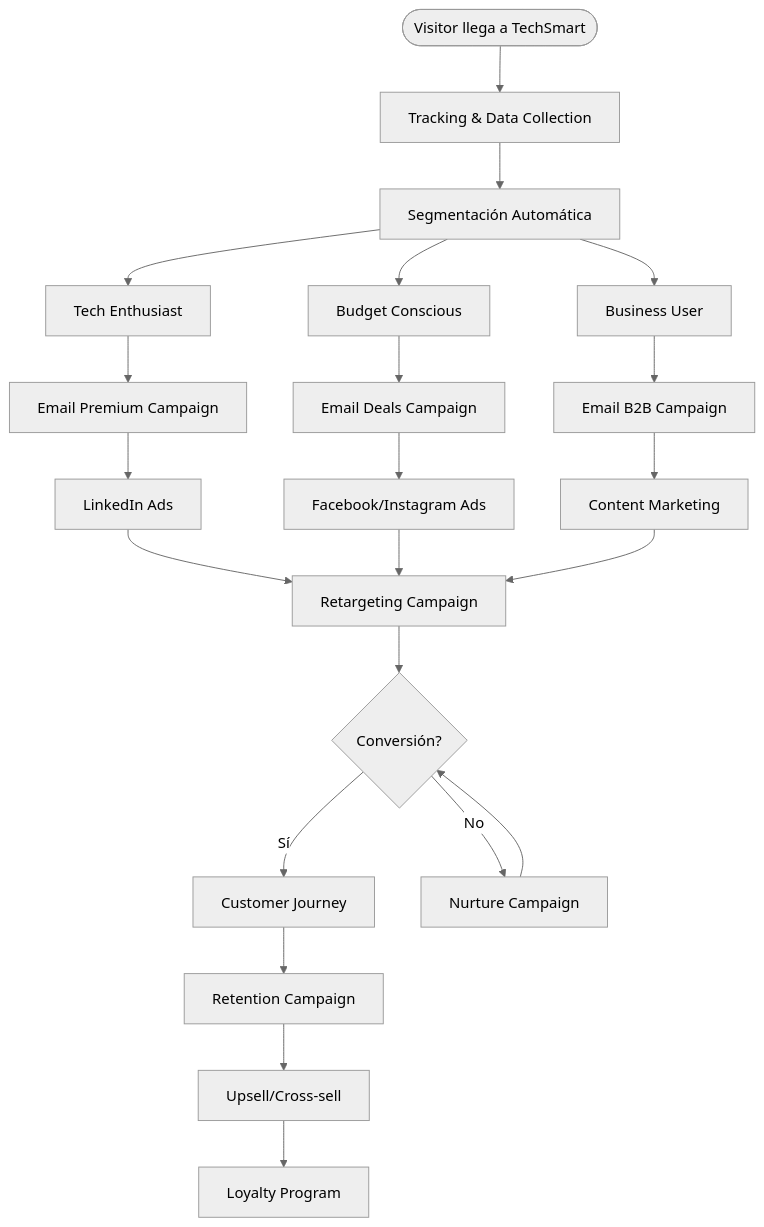
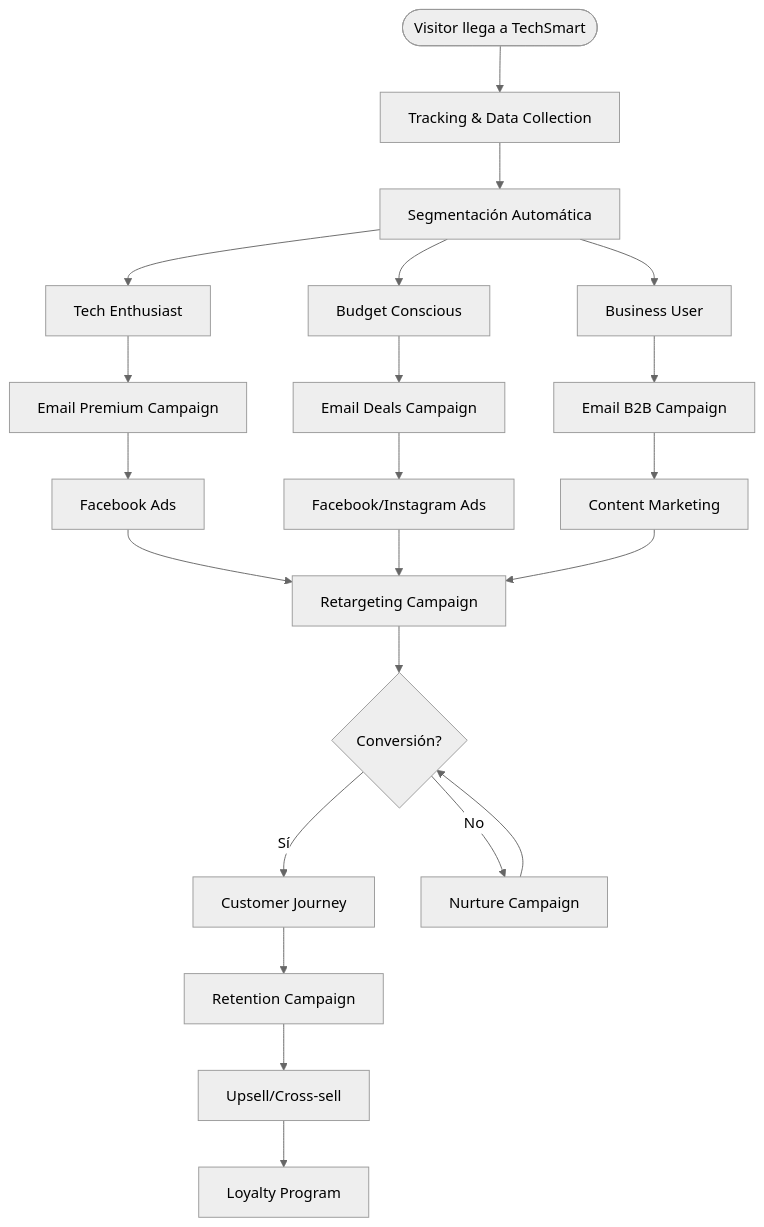
One commit to miguelfiguera/smart-tech changed the first of 5 diagrams in Plan-Marketing-N8N.md. Above: the diagram before and after it, drawn with Mermaid (neutral theme). The commit also changed other lines of this file and 3 other files, not shown here.

````diff
--- a/Plan-Marketing-N8N.md
+++ b/Plan-Marketing-N8N.md
@@ -45,31 +45,31 @@
 ```mermaid
 flowchart TD
     START([Visitor llega a TechSmart]) --> TRACK[Tracking & Data Collection]
     TRACK --> SEGMENT[Segmentación Automática]
     
     SEGMENT --> ENTHUSIAST[Tech Enthusiast]
     SEGMENT --> BUDGET[Budget Conscious]
     SEGMENT --> BUSINESS[Business User]
     
     ENTHUSIAST --> EMAIL_PREMIUM[Email Premium Campaign]
     BUDGET --> EMAIL_DEALS[Email Deals Campaign]
     BUSINESS --> EMAIL_B2B[Email B2B Campaign]
     
-    EMAIL_PREMIUM --> SOCIAL_LINKEDIN[LinkedIn Ads]
+    EMAIL_PREMIUM --> SOCIAL_FACEBOOK[Facebook Ads]
     EMAIL_DEALS --> SOCIAL_FB[Facebook/Instagram Ads]
     EMAIL_B2B --> CONTENT_MARKETING[Content Marketing]
     
-    SOCIAL_LINKEDIN --> RETARGET[Retargeting Campaign]
+    SOCIAL_FACEBOOK --> RETARGET[Retargeting Campaign]
     SOCIAL_FB --> RETARGET
     CONTENT_MARKETING --> RETARGET
     
     RETARGET --> CONVERSION{Conversión?}
     CONVERSION -->|Sí| CUSTOMER_JOURNEY[Customer Journey]
     CONVERSION -->|No| NURTURE[Nurture Campaign]
     
     CUSTOMER_JOURNEY --> RETENTION[Retention Campaign]
     NURTURE --> CONVERSION
     
     RETENTION --> UPSELL[Upsell/Cross-sell]
     UPSELL --> LOYALTY[Loyalty Program]
 ```
````
